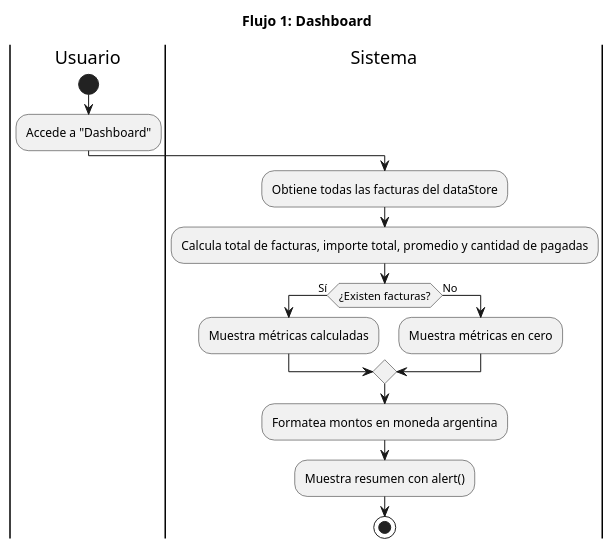
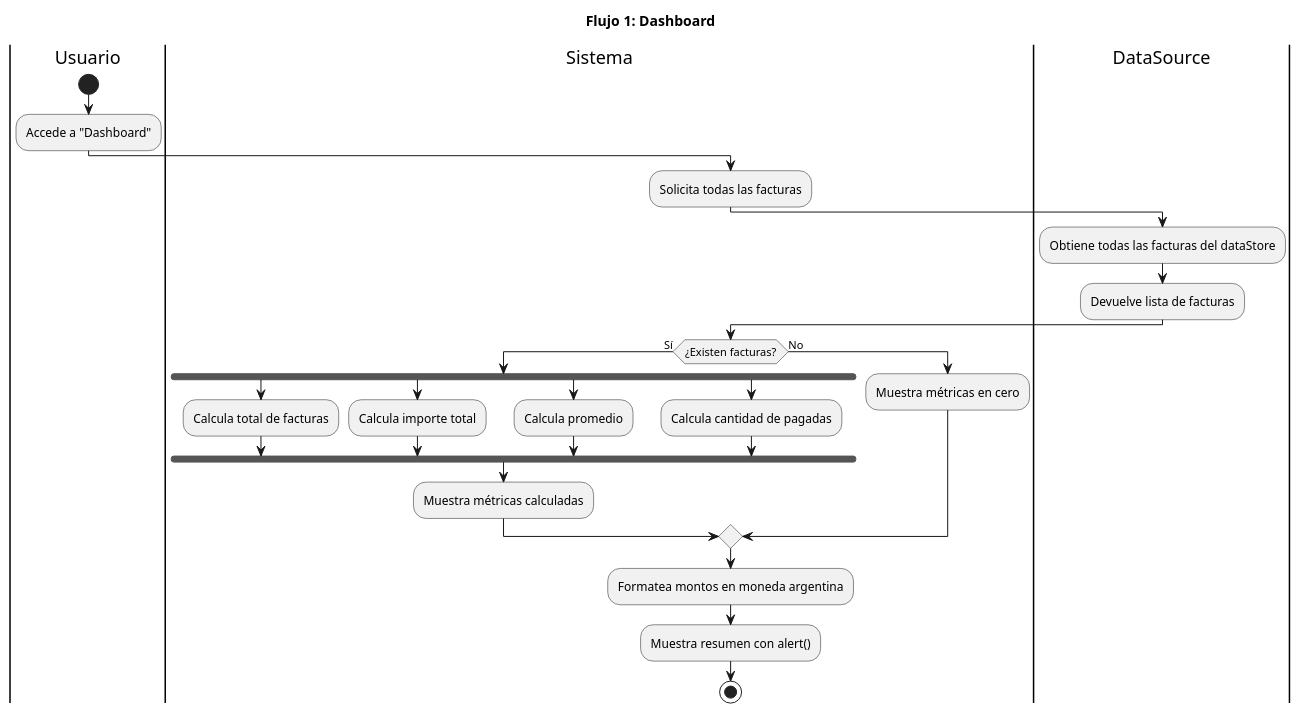
The diagram in docs/04-diagramas/01-diagramas-de-actividades/actividad-flujo-1-dashboard.puml (ramiromarcosmorales/emiti-web), drawn with PlantUML before and after one commit. The commit also changed 8 other files, not shown here.

Commit message:
Correcciones diagramas tercera entrega

```diff
--- a/docs/04-diagramas/01-diagramas-de-actividades/actividad-flujo-1-dashboard.puml
+++ b/docs/04-diagramas/01-diagramas-de-actividades/actividad-flujo-1-dashboard.puml
@@ -1,21 +1,35 @@
 @startuml name Dashboard
 title Flujo 1: Dashboard
 
 |Usuario|
 start
 :Accede a "Dashboard";
 
 |Sistema|
+:Solicita todas las facturas;
+
+|DataSource|
 :Obtiene todas las facturas del dataStore;
-:Calcula total de facturas, importe total, promedio y cantidad de pagadas;
+:Devuelve lista de facturas;
 
+|Sistema|
 if (¿Existen facturas?) then (Sí)
+  fork
+    :Calcula total de facturas;
+  fork again
+    :Calcula importe total;
+  fork again
+    :Calcula promedio;
+  fork again
+    :Calcula cantidad de pagadas;
+  end fork
+
   :Muestra métricas calculadas;
 else (No)
   :Muestra métricas en cero;
 endif
 
 :Formatea montos en moneda argentina;
 :Muestra resumen con alert();
 stop
 @enduml
```
